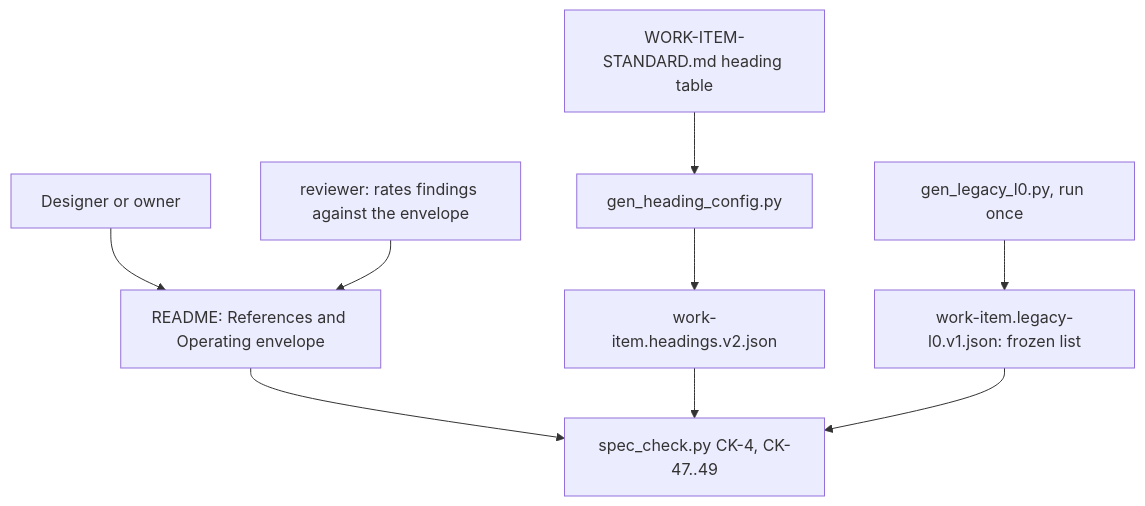
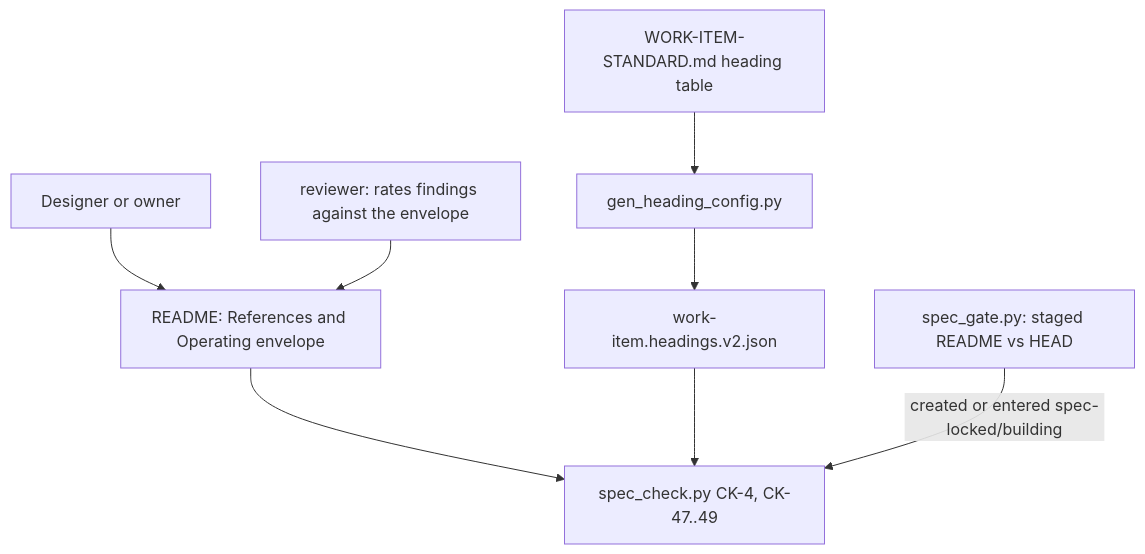
The diagram in docs/work/spec-references-envelope/README.md (sibulus13/claudence), drawn with Mermaid before and after one commit. The commit also changed other lines of this file and 2 other files, not shown here.

First line of the commit message:
docs(work): spec-references-envelope scope cut: bind on the commit's status transition, drop the exemption list

````diff
--- a/docs/work/spec-references-envelope/README.md
+++ b/docs/work/spec-references-envelope/README.md
@@ -17,11 +17,10 @@
 ```mermaid
 flowchart TD
   D[Designer or owner] --> R[README: References and Operating envelope]
   R --> K[spec_check.py CK-4, CK-47..49]
   G[gen_heading_config.py] --> J[work-item.headings.v2.json]
   J --> K
   S[WORK-ITEM-STANDARD.md heading table] --> G
-  L[gen_legacy_l0.py, run once] --> I[work-item.legacy-l0.v1.json: frozen list]
-  I --> K
+  C[spec_gate.py: staged README vs HEAD] -->|created or entered spec-locked/building| K
   RV[reviewer: rates findings against the envelope] --> R
 ```
````
